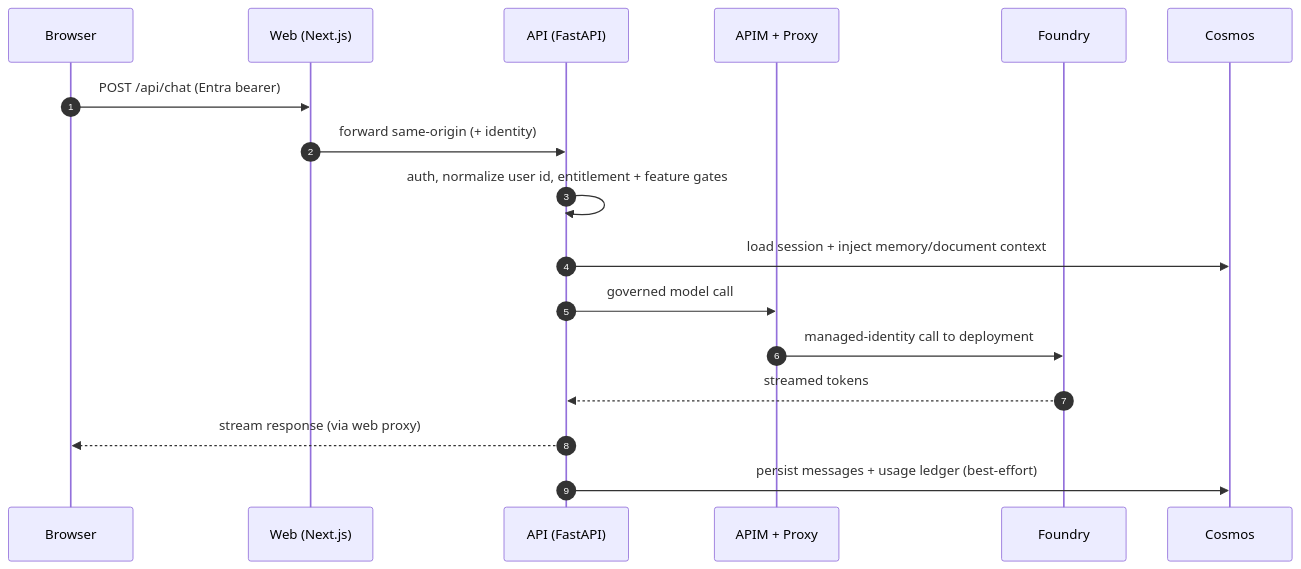
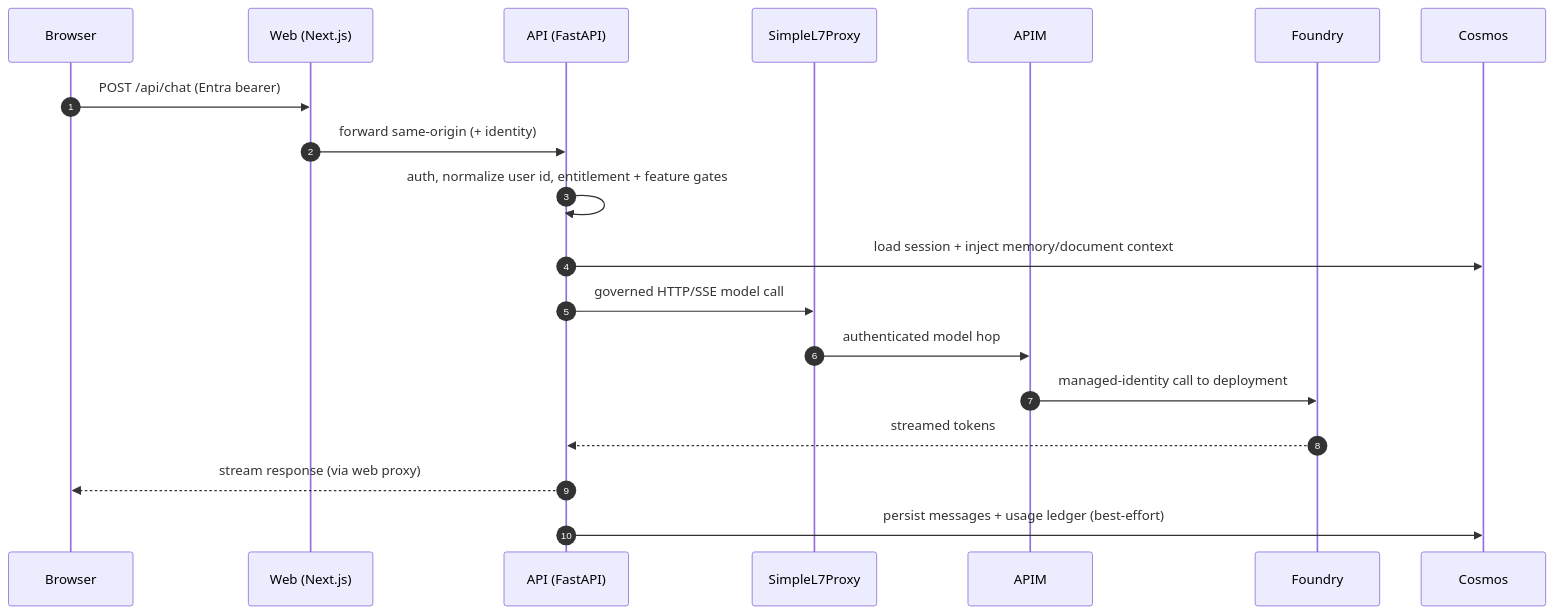
The second of 5 diagrams in docs/architecture.md (ian-t-adams/AI4IA), drawn with Mermaid before and after one commit. The commit also changed other lines of this file and 68 other files, not shown here.

````diff
--- a/docs/architecture.md
+++ b/docs/architecture.md
@@ -52,19 +58,21 @@
 ```mermaid
 sequenceDiagram
   autonumber
   participant B as Browser
   participant W as Web (Next.js)
   participant A as API (FastAPI)
-  participant G as APIM + Proxy
+  participant P as SimpleL7Proxy
+  participant G as APIM
   participant F as Foundry
   participant C as Cosmos
   B->>W: POST /api/chat (Entra bearer)
   W->>A: forward same-origin (+ identity)
   A->>A: auth, normalize user id, entitlement + feature gates
   A->>C: load session + inject memory/document context
-  A->>G: governed model call
+  A->>P: governed HTTP/SSE model call
+  P->>G: authenticated model hop
   G->>F: managed-identity call to deployment
   F-->>A: streamed tokens
   A-->>B: stream response (via web proxy)
   A->>C: persist messages + usage ledger (best-effort)
 ```
````
